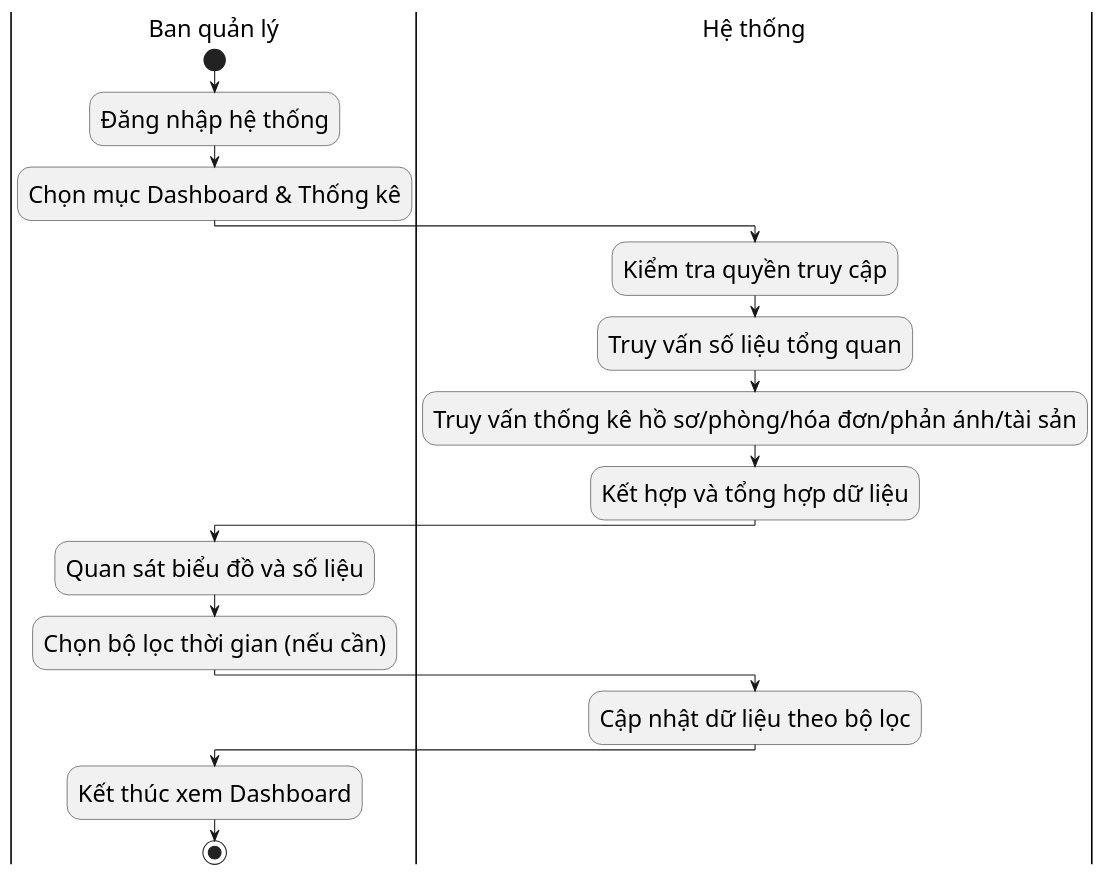
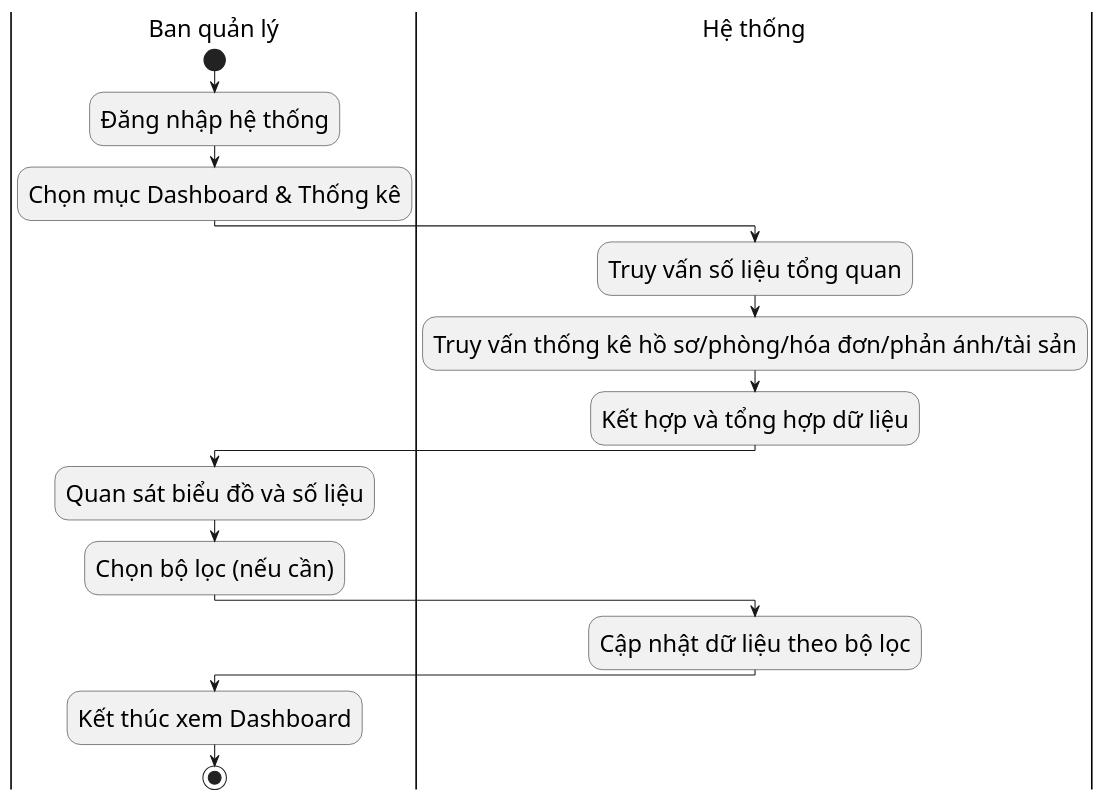
The diagram in diagrams/nhomdashboard/dashboard_view_activity.puml (s0nbuildtech287/dormitory-frontend), drawn with PlantUML before and after one commit. The commit also changed 5 other files, not shown here.

```diff
--- a/diagrams/nhomdashboard/dashboard_view_activity.puml
+++ b/diagrams/nhomdashboard/dashboard_view_activity.puml
@@ -1,21 +1,20 @@
 @startuml "Dashboard View Activity"
 skinparam defaultFontSize 22
 skinparam defaultFontName "Times New Roman"
 |Ban quản lý|
 start
 :Đăng nhập hệ thống;
 :Chọn mục Dashboard & Thống kê;
 |Hệ thống|
-:Kiểm tra quyền truy cập;
 :Truy vấn số liệu tổng quan;
 :Truy vấn thống kê hồ sơ/phòng/hóa đơn/phản ánh/tài sản;
 :Kết hợp và tổng hợp dữ liệu;
 |Ban quản lý|
 :Quan sát biểu đồ và số liệu;
-:Chọn bộ lọc thời gian (nếu cần);
+:Chọn bộ lọc (nếu cần);
 |Hệ thống|
 :Cập nhật dữ liệu theo bộ lọc;
 |Ban quản lý|
 :Kết thúc xem Dashboard;
 stop
 @enduml
```
